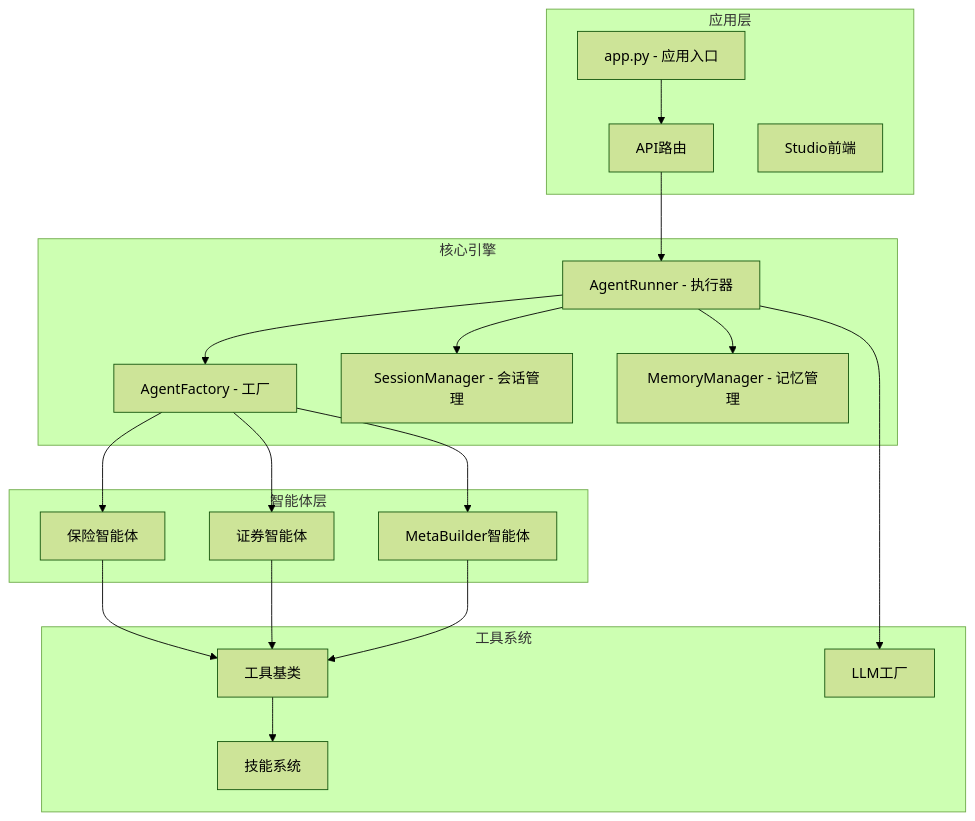
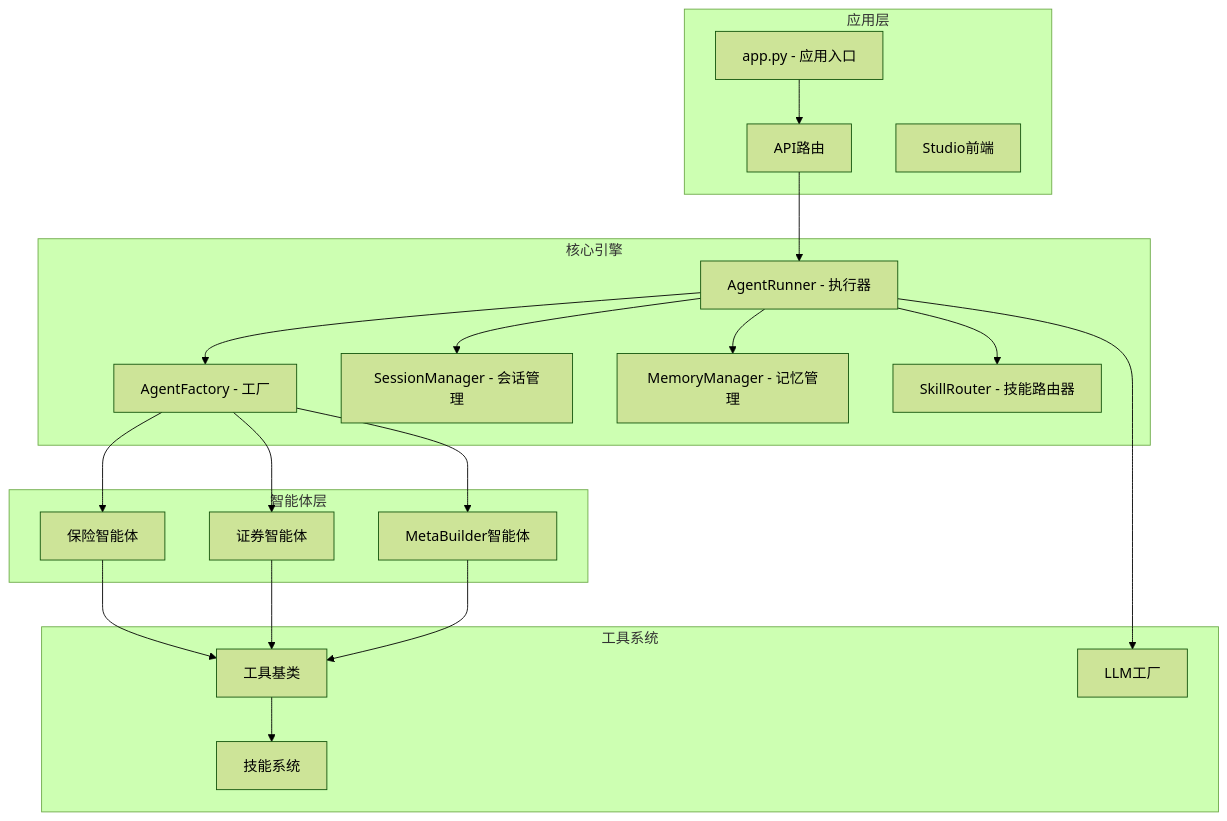
Before and after one commit to YU-JI-KUI/ark-agentic: the first of 7 diagrams in repowiki/zh/content/核心框架/智能体工厂系统.md, drawn with Mermaid (forest theme). The commit also changed other lines of this file and 7 other files, not shown here.

````diff
--- a/repowiki/zh/content/核心框架/智能体工厂系统.md
+++ b/repowiki/zh/content/核心框架/智能体工厂系统.md
@@ -51,37 +57,39 @@
 ```mermaid
 graph TB
 subgraph "应用层"
 APP[app.py - 应用入口]
 API[API路由]
 STUDIO[Studio前端]
 end
 subgraph "核心引擎"
 RUNNER[AgentRunner - 执行器]
 FACTORY[AgentFactory - 工厂]
 SESSION[SessionManager - 会话管理]
 MEMORY[MemoryManager - 记忆管理]
+ROUTER[SkillRouter - 技能路由器]
 end
 subgraph "智能体层"
 INSURANCE[保险智能体]
 SECURITIES[证券智能体]
 META_BUILDER[MetaBuilder智能体]
 end
 subgraph "工具系统"
 TOOLS[工具基类]
 SKILLS[技能系统]
 LLM[LLM工厂]
 end
 APP --> API
 API --> RUNNER
 RUNNER --> SESSION
 RUNNER --> MEMORY
 RUNNER --> FACTORY
+RUNNER --> ROUTER
 FACTORY --> INSURANCE
 FACTORY --> SECURITIES
 FACTORY --> META_BUILDER
 INSURANCE --> TOOLS
 SECURITIES --> TOOLS
 META_BUILDER --> TOOLS
 TOOLS --> SKILLS
 RUNNER --> LLM
 ```
````
